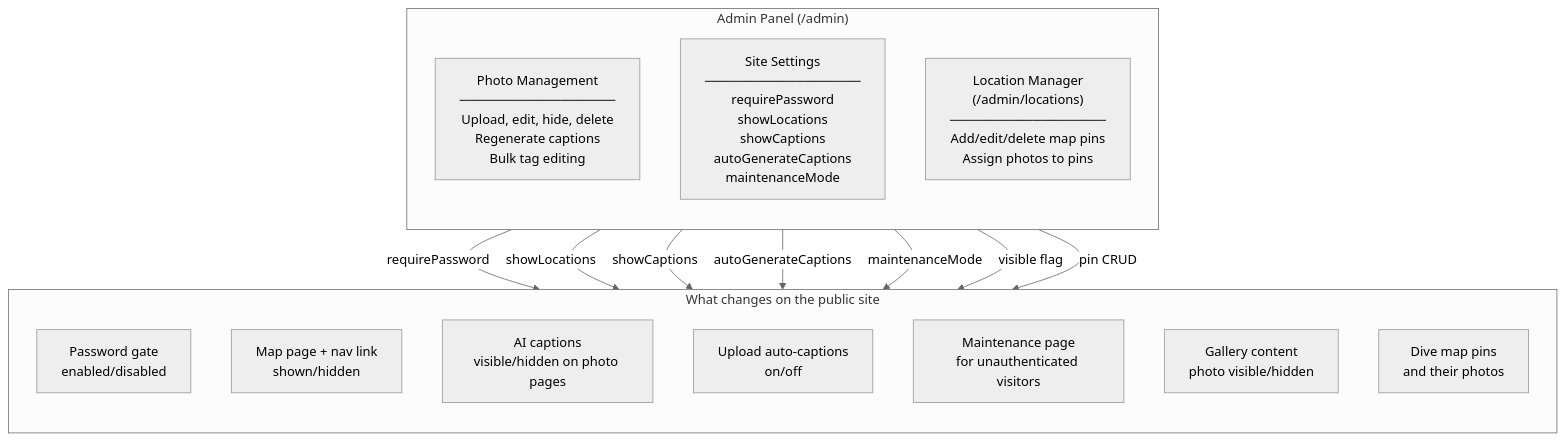
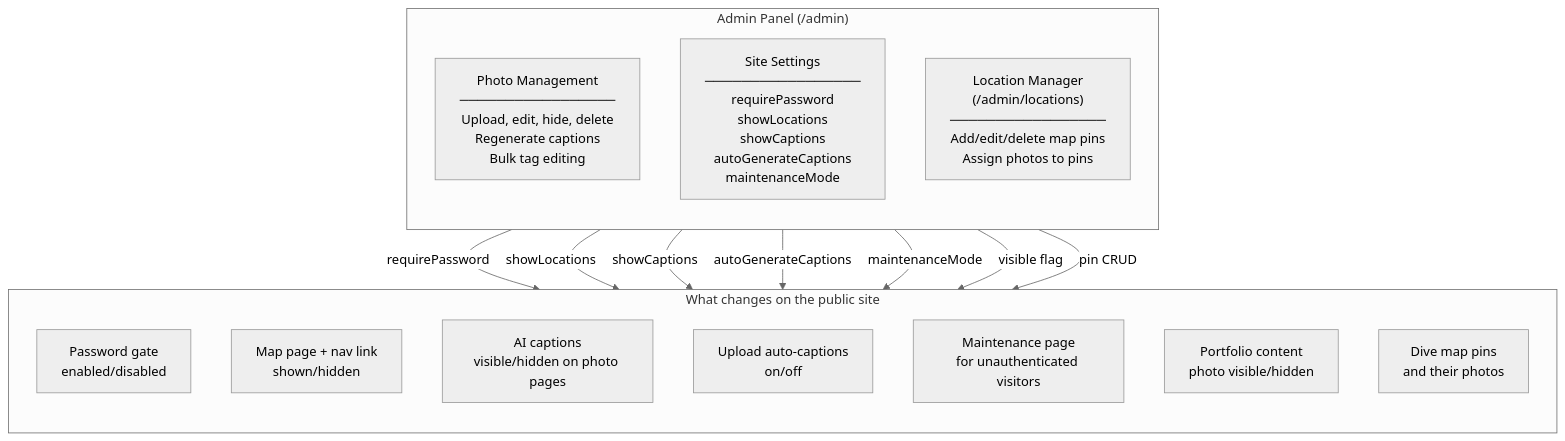
The third of 9 diagrams in README.md (nickchow0/submarine_division), drawn with Mermaid (neutral theme) before and after one commit. The commit also changed other lines of this file and 29 other files, not shown here.

First line of the commit message:
Rename Gallery to Portfolio across all code, routes, and docs

````diff
--- a/README.md
+++ b/README.md
@@ -271,28 +271,28 @@
 ```mermaid
 flowchart TB
     subgraph AdminUI ["Admin Panel (/admin)"]
         direction TB
         PF["Photo Management\n─────────────────\nUpload, edit, hide, delete\nRegenerate captions\nBulk tag editing"]
         SF["Site Settings\n─────────────────\nrequirePassword\nshowLocations\nshowCaptions\nautoGenerateCaptions\nmaintenanceMode"]
         LM["Location Manager\n(/admin/locations)\n─────────────────\nAdd/edit/delete map pins\nAssign photos to pins"]
     end
 
     subgraph PublicSite ["What changes on the public site"]
         direction TB
         PUB1["Password gate\nenabled/disabled"]
         PUB2["Map page + nav link\nshown/hidden"]
         PUB3["AI captions\nvisible/hidden on photo pages"]
         PUB4["Upload auto-captions\non/off"]
         PUB5["Maintenance page\nfor unauthenticated visitors"]
-        PUB6["Gallery content\nphoto visible/hidden"]
+        PUB6["Portfolio content\nphoto visible/hidden"]
         PUB7["Dive map pins\nand their photos"]
     end
 
     SF -->|"requirePassword"| PUB1
     SF -->|"showLocations"| PUB2
     SF -->|"showCaptions"| PUB3
     SF -->|"autoGenerateCaptions"| PUB4
     SF -->|"maintenanceMode"| PUB5
     PF -->|"visible flag"| PUB6
     LM -->|"pin CRUD"| PUB7
 ```
````
